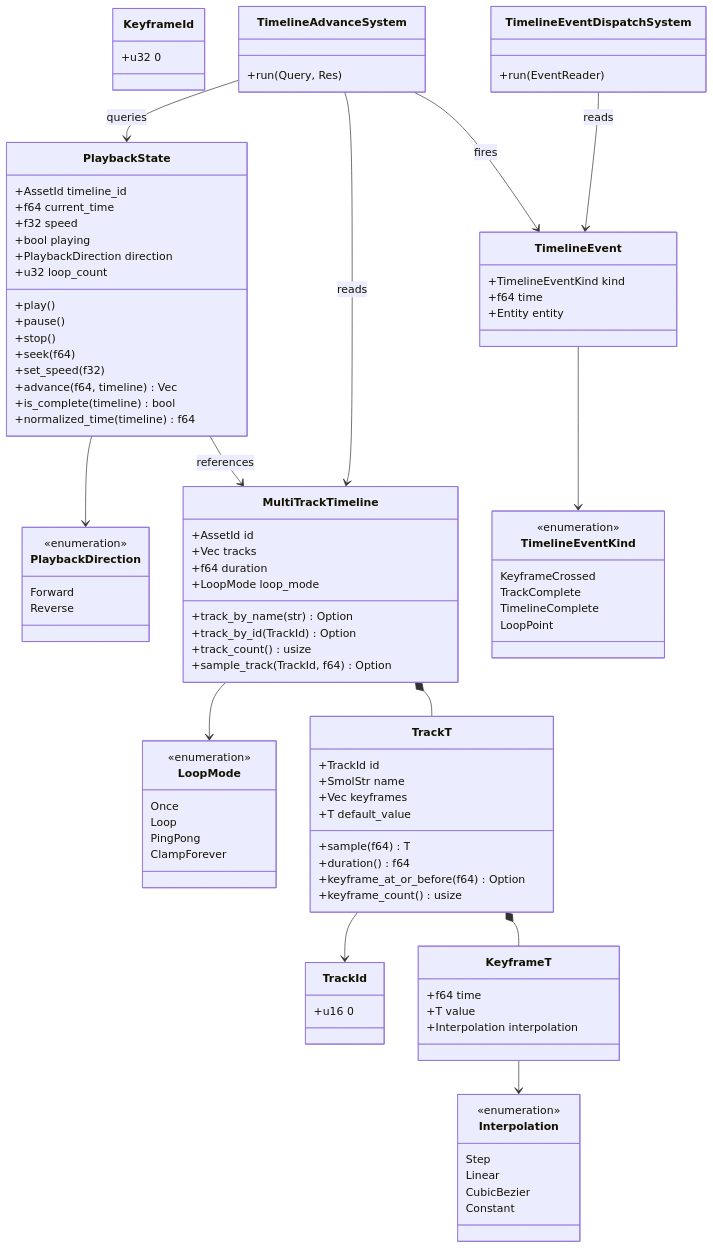
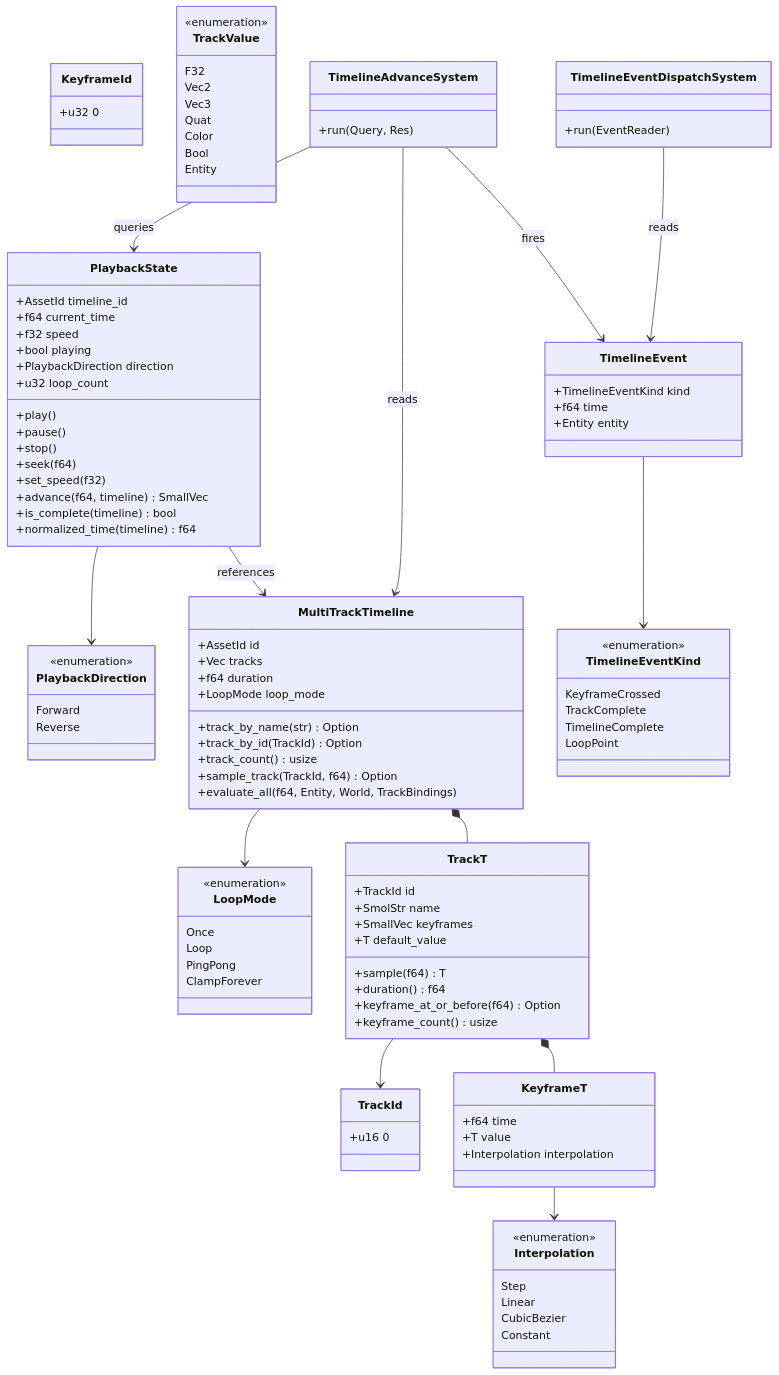
Before and after one commit to harmonius-dev/harmonius: the third of 4 diagrams in docs/design/simulation/timelines.md, drawn with Mermaid. The commit also changed other lines of this file and 174 other files, not shown here.

```diff
--- a/docs/design/simulation/timelines.md
+++ b/docs/design/simulation/timelines.md
@@ -210,10 +210,20 @@
         +T value
         +Interpolation interpolation
     }
+    class TrackValue {
+        <<enumeration>>
+        F32
+        Vec2
+        Vec3
+        Quat
+        Color
+        Bool
+        Entity
+    }
     class TrackT {
         +TrackId id
         +SmolStr name
-        +Vec keyframes
+        +SmallVec keyframes
         +T default_value
         +sample(f64) T
         +duration() f64
@@ -229,6 +239,7 @@
         +track_by_id(TrackId) Option
         +track_count() usize
         +sample_track(TrackId, f64) Option
+        +evaluate_all(f64, Entity, World, TrackBindings)
     }
     class PlaybackState {
         +AssetId timeline_id
@@ -242,7 +253,7 @@
         +stop()
         +seek(f64)
         +set_speed(f32)
-        +advance(f64, timeline) Vec
+        +advance(f64, timeline) SmallVec
         +is_complete(timeline) bool
         +normalized_time(timeline) f64
     }
```
